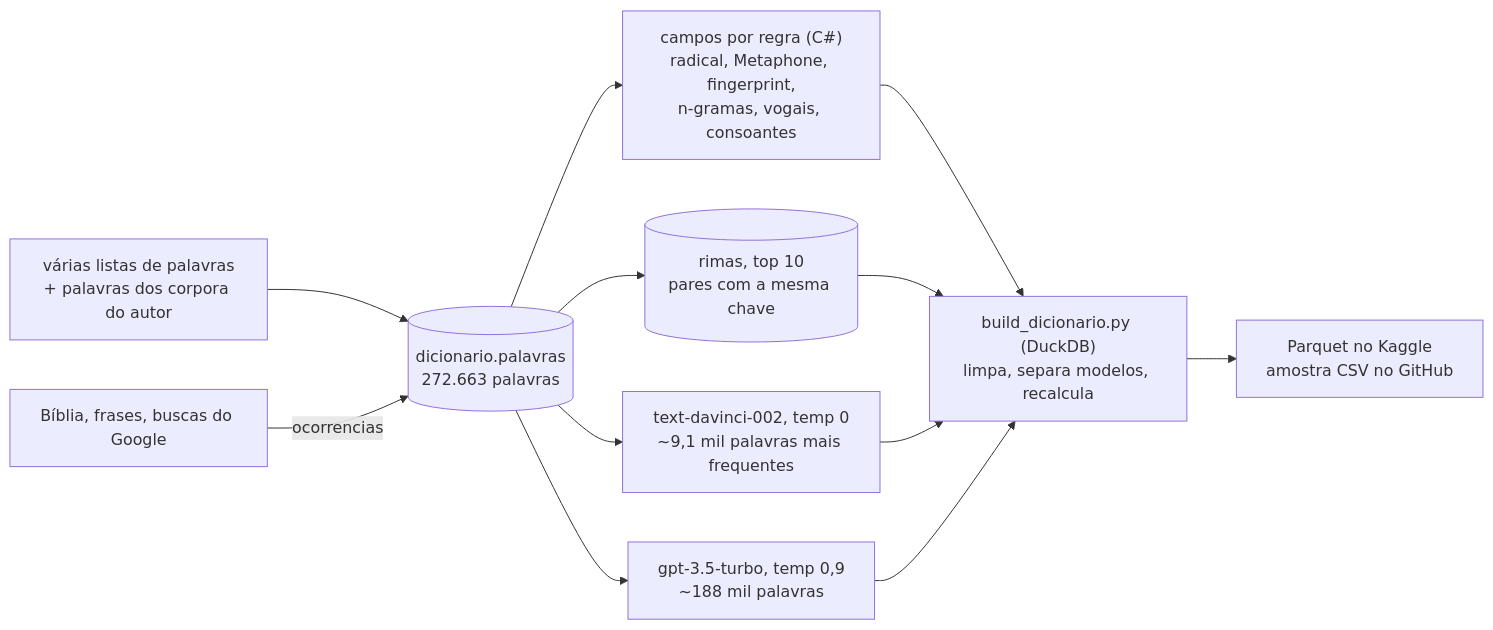
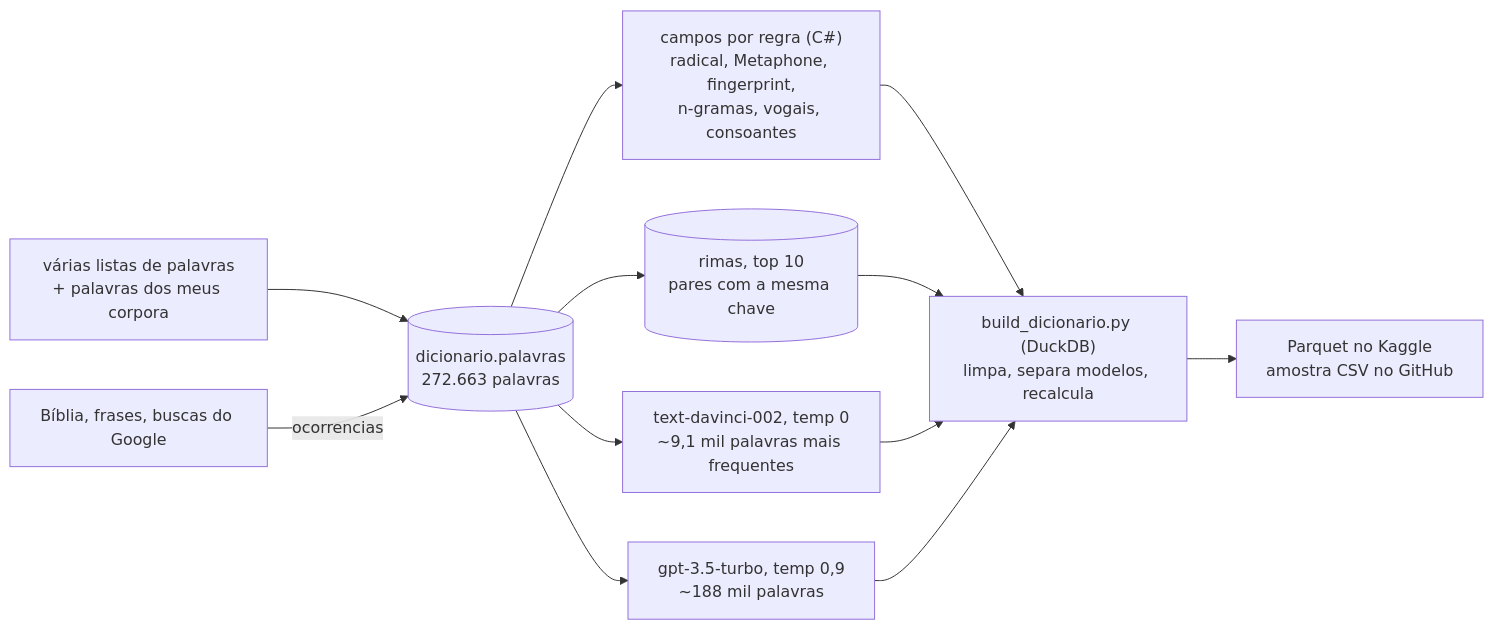
The diagram in README.pt-BR.md (CaiqueDourado/dicionario-portugues), drawn with Mermaid before and after one commit. The commit also changed other lines of this file and 3 other files, not shown here.

````diff
--- a/README.pt-BR.md
+++ b/README.pt-BR.md
@@ -95,14 +91,14 @@
 ```mermaid
 flowchart LR
-  L["várias listas de palavras<br/>+ palavras dos corpora do autor"] --> P[("dicionario.palavras<br/>272.663 palavras")]
+  L["várias listas de palavras<br/>+ palavras dos meus corpora"] --> P[("dicionario.palavras<br/>272.663 palavras")]
   C["Bíblia, frases, buscas do Google"] -->|ocorrencias| P
   P --> R["campos por regra (C#)<br/>radical, Metaphone, fingerprint,<br/>n-gramas, vogais, consoantes"]
   P --> RI[("rimas, top 10<br/>pares com a mesma chave")]
   P --> D["text-davinci-002, temp 0<br/>~9,1 mil palavras mais frequentes"]
   P --> G["gpt-3.5-turbo, temp 0,9<br/>~188 mil palavras"]
   R --> B["build_dicionario.py (DuckDB)<br/>limpa, separa modelos, recalcula"]
   RI --> B
   D --> B
   G --> B
   B --> O["Parquet no Kaggle<br/>amostra CSV no GitHub"]
 ```
````
